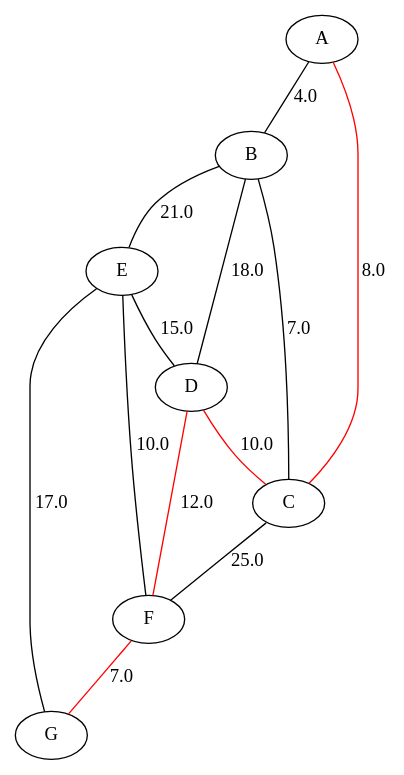
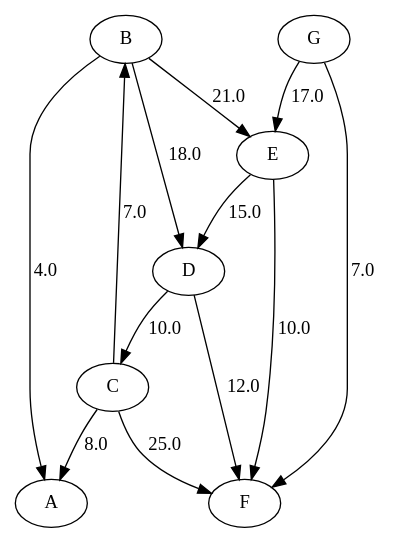
The diagram in dotsource.dot (pcaz/SIM), drawn with Graphviz before and after one commit. The commit also changed 8 other files, not shown here.

```diff
--- a/dotsource.dot
+++ b/dotsource.dot
@@ -1,21 +1,14 @@
-graph G {
-A;
-B;
-C;
-D;
-E;
-F;
-G;
-A--B [label=4.0];
-A--C [label=8.0color=red];
-C--B [label=7.0];
-B--D [label=18.0];
-D--C [label=10.0color=red];
-C--F [label=25.0];
-B--E [label=21.0];
-E--F [label=10.0];
-D--F [label=12.0color=red];
-E--D [label=15.0];
-E--G [label=17.0];
-F--G [label=7.0color=red];
+digraph G {
+B -> A [label=4.0];
+C -> A [label=8.0];
+C -> B [label=7.0];
+B -> D [label=18.0];
+D -> C [label=10.0];
+C -> F [label=25.0];
+B -> E [label=21.0];
+E -> F [label=10.0];
+D -> F [label=12.0];
+E -> D [label=15.0];
+G -> E [label=17.0];
+G -> F [label=7.0];
 }
```
